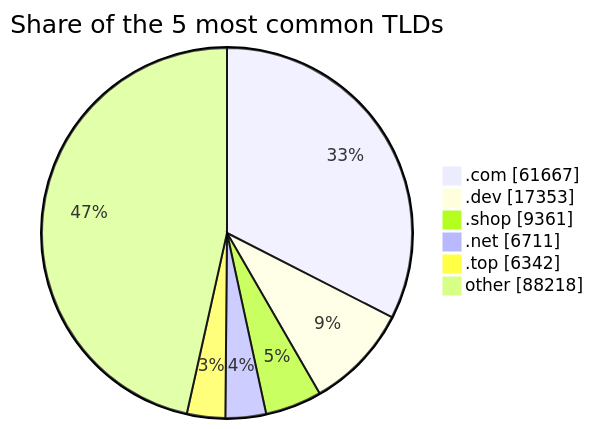
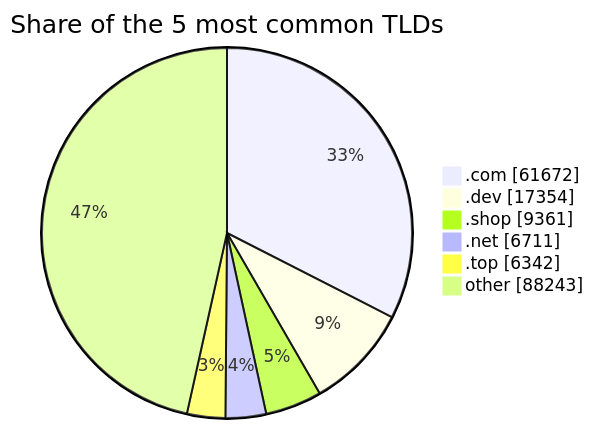
Before and after one commit to DNSBunker/CTI: the third of 3 diagrams in README.md, drawn with Mermaid. The commit also changed other lines of this file and 3 other files, not shown here.

````diff
--- a/README.md
+++ b/README.md
@@ -81,9 +81,9 @@
 ```mermaid
 pie showData title Share of the 5 most common TLDs
-    ".com" : 61667
-    ".dev" : 17353
+    ".com" : 61672
+    ".dev" : 17354
     ".shop" : 9361
     ".net" : 6711
     ".top" : 6342
-    "other" : 88218
+    "other" : 88243
 ```
````
